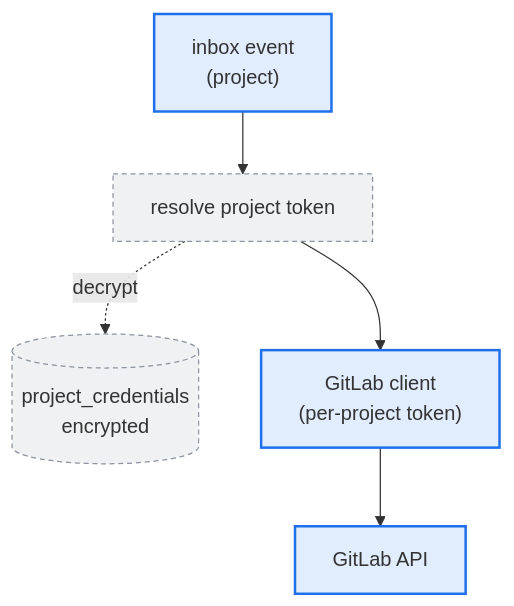
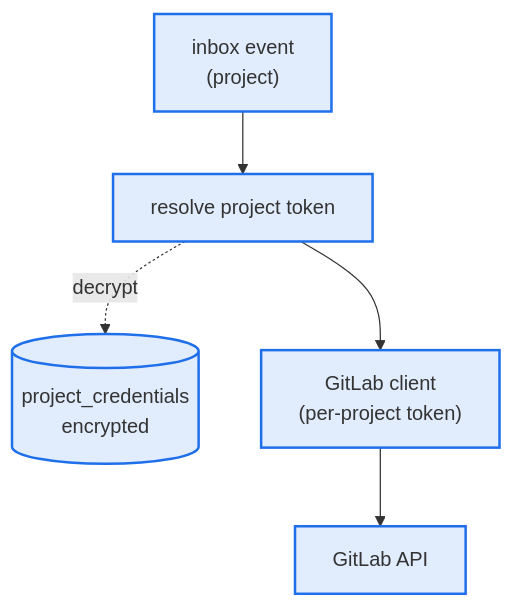
Before and after one commit to Jeston10/PipelineSherlock: the fourth of 19 diagrams in docs/production-readiness-roadmap.md, drawn with Mermaid. The commit also changed other lines of this file and 19 other files, not shown here.

First line of the commit message:
feat: per-project encrypted GitLab credentials (M7 slice 2)

````diff
--- a/docs/production-readiness-roadmap.md
+++ b/docs/production-readiness-roadmap.md
@@ -147,10 +148,10 @@
 ```mermaid
 flowchart TD
-    EV["inbox event<br/>(project)"]:::built --> RES["resolve project token"]:::planned
-    RES -.decrypt.-> STORE[("project_credentials<br/>encrypted")]:::planned
+    EV["inbox event<br/>(project)"]:::built --> RES["resolve project token"]:::built
+    RES -.decrypt.-> STORE[("project_credentials<br/>encrypted")]:::built
     RES --> GL["GitLab client<br/>(per-project token)"]:::built
     GL --> API["GitLab API"]:::built
 
     classDef built fill:#1f6feb22,stroke:#1f6feb,stroke-width:2px;
     classDef planned fill:#8b949e22,stroke:#8b949e,stroke-width:1px,stroke-dasharray:4 3;
 ```
````
